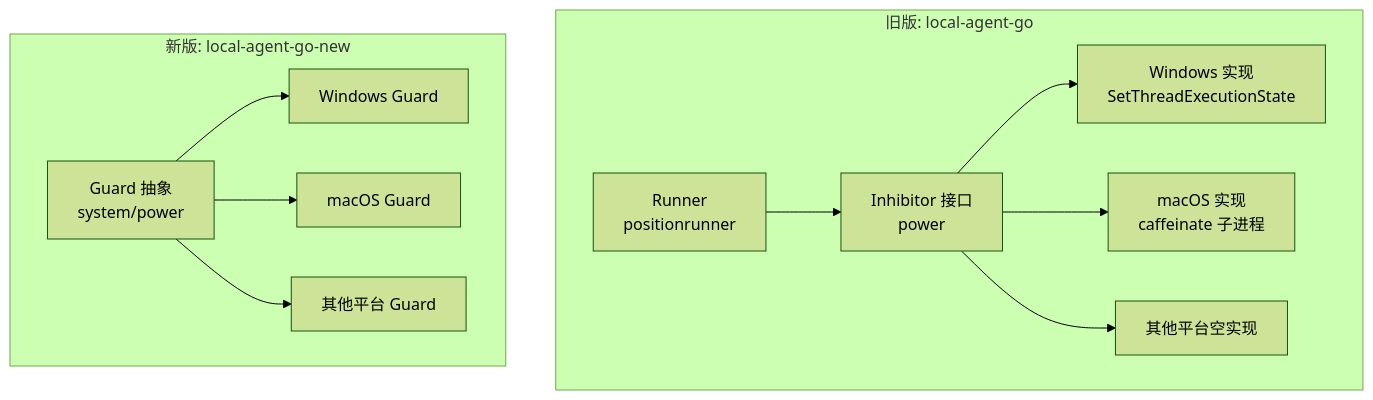
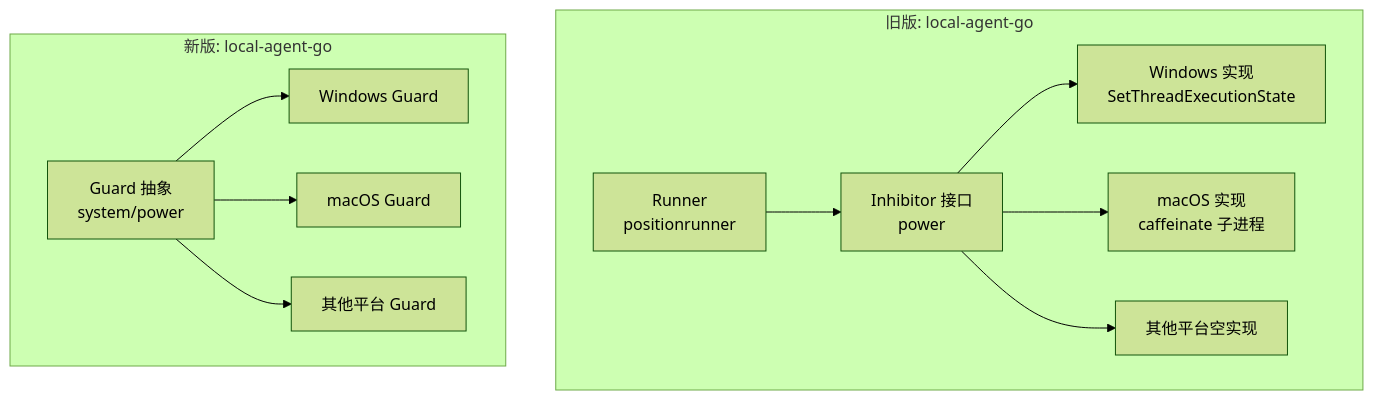
The first of 7 diagrams in .qoder/repowiki/zh/content/本地执行器/任务调度/电源管理.md (alvinwangzi/goodhr), drawn with Mermaid (forest theme) before and after one commit. The commit also changed other lines of this file and 581 other files, not shown here.

Commit message:
refactor: 删除旧版 local-agent-go，重命名 local-agent-go-new 为 local-agent-go；全站品牌 GoodHR→HR Radar；默认页重定向到登录页；域名改环境变量配置；移除 GitHub 链接

````diff
--- a/.qoder/repowiki/zh/content/本地执行器/任务调度/电源管理.md
+++ b/.qoder/repowiki/zh/content/本地执行器/任务调度/电源管理.md
@@ -36,14 +36,14 @@
 ```mermaid
 graph TB
 subgraph "旧版: local-agent-go"
 A["Runner<br/>positionrunner"] --> B["Inhibitor 接口<br/>power"]
 B --> C["Windows 实现<br/>SetThreadExecutionState"]
 B --> D["macOS 实现<br/>caffeinate 子进程"]
 B --> E["其他平台空实现"]
 end
-subgraph "新版: local-agent-go-new"
+subgraph "新版: local-agent-go"
 F["Guard 抽象<br/>system/power"] --> G["Windows Guard"]
 F --> H["macOS Guard"]
 F --> I["其他平台 Guard"]
 end
 ```
````
